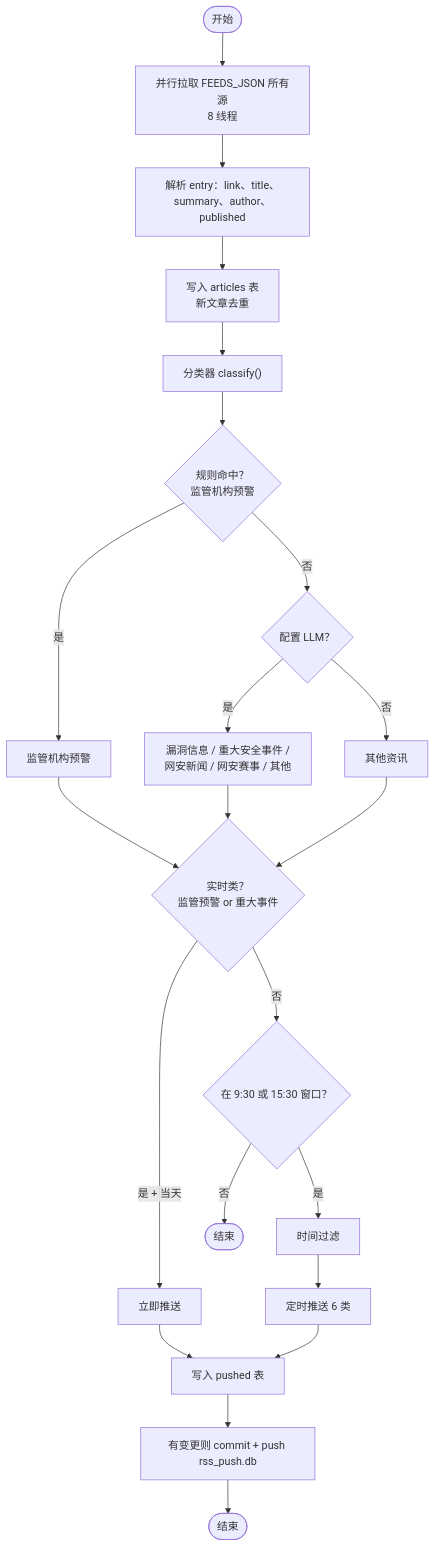
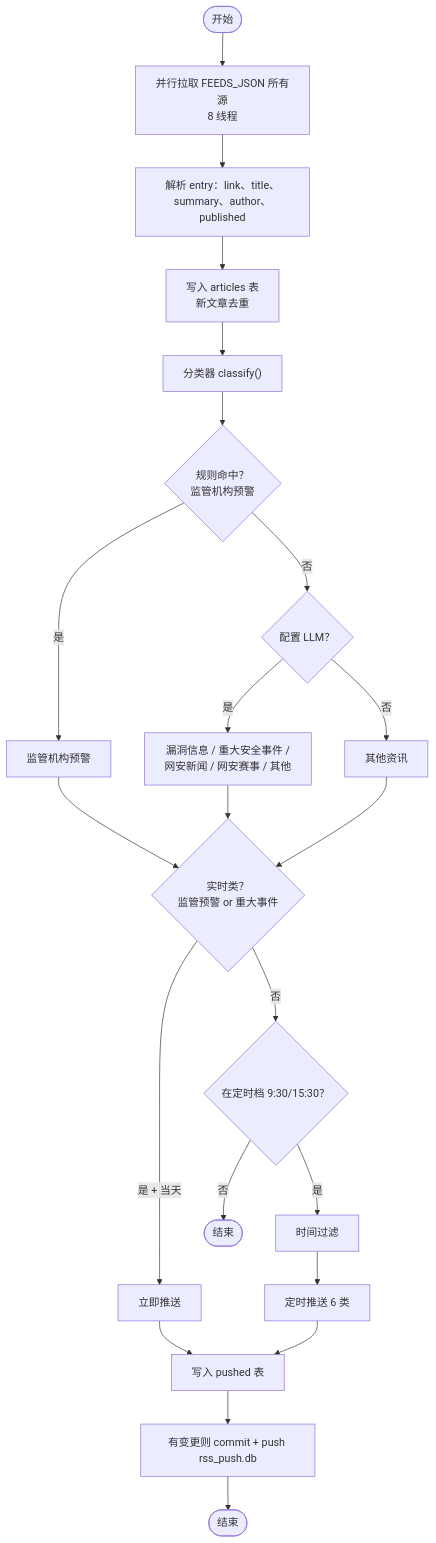
The fourth of 8 diagrams in rss-wechat-pusher/部署流程图.md (qinxiaoxia/eason727), drawn with Mermaid before and after one commit. The commit also changed other lines of this file and 9 other files, not shown here.

````diff
--- a/rss-wechat-pusher/部署流程图.md
+++ b/rss-wechat-pusher/部署流程图.md
@@ -113,27 +113,27 @@
 ```mermaid
 flowchart TD
     Start([开始]) --> Fetch["并行拉取 FEEDS_JSON 所有源<br/>8 线程"]
     Fetch --> Parse["解析 entry：link、title、summary、author、published"]
     Parse --> Insert["写入 articles 表<br/>新文章去重"]
     Insert --> Classify["分类器 classify()"]
 
     Classify --> Rule{"规则命中？<br/>监管机构预警"}
     Rule -->|是| Alert["监管机构预警"]
     Rule -->|否| LLM{"配置 LLM？"}
     LLM -->|是| LLMCat["漏洞信息 / 重大安全事件 /<br/>网安新闻 / 网安赛事 / 其他"]
     LLM -->|否| Other["其他资讯"]
     Alert --> Realtime
     LLMCat --> Realtime
     Other --> Realtime
 
     Realtime{"实时类？<br/>监管预警 or 重大事件"}
     Realtime -->|是 + 当天| PushR["立即推送"]
-    Realtime -->|否| Scheduled{"在 9:30 或 15:30 窗口？"}
+    Realtime -->|否| Scheduled{"在定时档 9:30/15:30？"}
     Scheduled -->|是| Filter["时间过滤"]
     Scheduled -->|否| End1([结束])
     Filter --> PushS["定时推送 6 类"]
     PushR --> MarkDB["写入 pushed 表"]
     PushS --> MarkDB
     MarkDB --> GitCommit["有变更则 commit + push rss_push.db"]
     GitCommit --> End2([结束])
 ```
````
